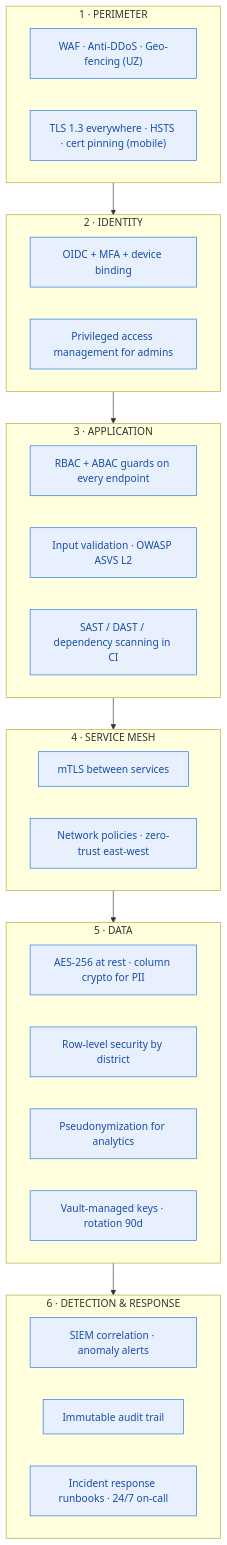
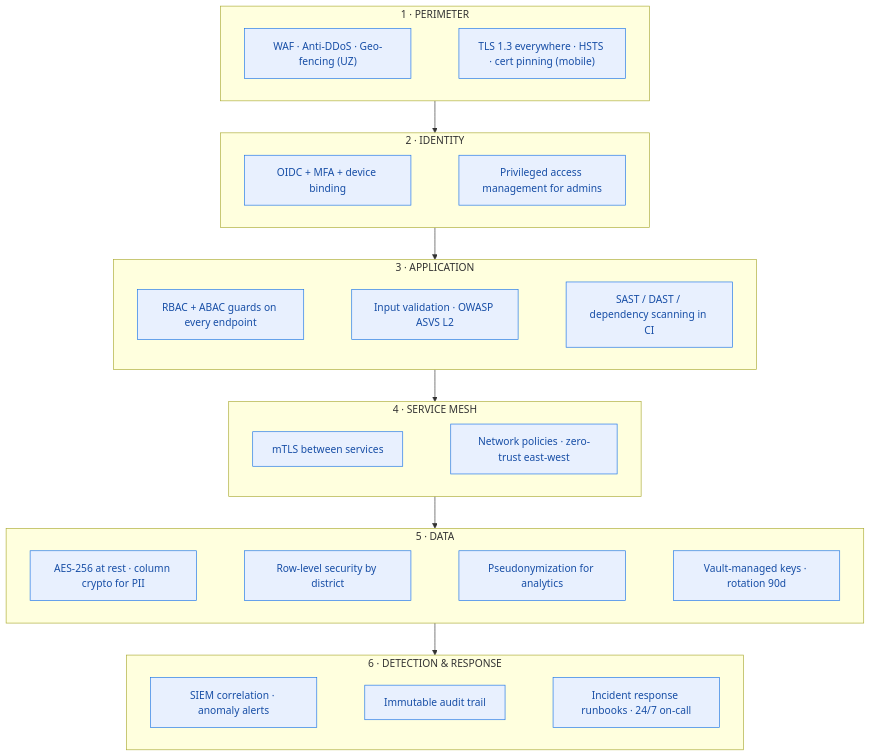
The fourth of 7 diagrams in docs/04-security-architecture.md (baxtbekjumayev74-byte/Yangi-hayot), drawn with Mermaid before and after one commit. The commit also changed other lines of this file and 5 other files, not shown here.

First line of the commit message:
Refine diagram layouts for presentation rendering

````diff
--- a/docs/04-security-architecture.md
+++ b/docs/04-security-architecture.md
@@ -125,36 +124,32 @@
 ```mermaid
 flowchart TB
     subgraph L1["1 · PERIMETER"]
-        WAF["WAF · Anti-DDoS · Geo-fencing (UZ)"]
-        TLS["TLS 1.3 everywhere · HSTS · cert pinning (mobile)"]
+        direction LR
+        WAF["WAF · Anti-DDoS · Geo-fencing (UZ)"] ~~~ TLS["TLS 1.3 everywhere · HSTS · cert pinning (mobile)"]
     end
     subgraph L2["2 · IDENTITY"]
-        OIDC["OIDC + MFA + device binding"]
-        PAM["Privileged access management for admins"]
+        direction LR
+        OIDC["OIDC + MFA + device binding"] ~~~ PAM["Privileged access management for admins"]
     end
     subgraph L3["3 · APPLICATION"]
-        RBAC["RBAC + ABAC guards on every endpoint"]
-        VAL["Input validation · OWASP ASVS L2"]
-        SAST["SAST / DAST / dependency scanning in CI"]
+        direction LR
+        RBAC["RBAC + ABAC guards on every endpoint"] ~~~ VAL["Input validation · OWASP ASVS L2"] ~~~ SAST["SAST / DAST / dependency scanning in CI"]
     end
     subgraph L4["4 · SERVICE MESH"]
-        MTLS["mTLS between services"]
-        NP["Network policies · zero-trust east-west"]
+        direction LR
+        MTLS["mTLS between services"] ~~~ NP["Network policies · zero-trust east-west"]
     end
     subgraph L5["5 · DATA"]
-        ENC["AES-256 at rest · column crypto for PII"]
-        RLS["Row-level security by district"]
-        DLP["Pseudonymization for analytics"]
-        VLT["Vault-managed keys · rotation 90d"]
+        direction LR
+        ENC["AES-256 at rest · column crypto for PII"] ~~~ RLS["Row-level security by district"] ~~~ DLP["Pseudonymization for analytics"] ~~~ VLT["Vault-managed keys · rotation 90d"]
     end
     subgraph L6["6 · DETECTION & RESPONSE"]
-        SIEM["SIEM correlation · anomaly alerts"]
-        AUD["Immutable audit trail"]
-        IR["Incident response runbooks · 24/7 on-call"]
+        direction LR
+        SIEM["SIEM correlation · anomaly alerts"] ~~~ AUD["Immutable audit trail"] ~~~ IR["Incident response runbooks · 24/7 on-call"]
     end
 
     L1 --> L2 --> L3 --> L4 --> L5 --> L6
 
     classDef l fill:#e8f0fe,stroke:#1a73e8,color:#174ea6
     class WAF,TLS,OIDC,PAM,RBAC,VAL,SAST,MTLS,NP,ENC,RLS,DLP,VLT,SIEM,AUD,IR l
 ```
````
